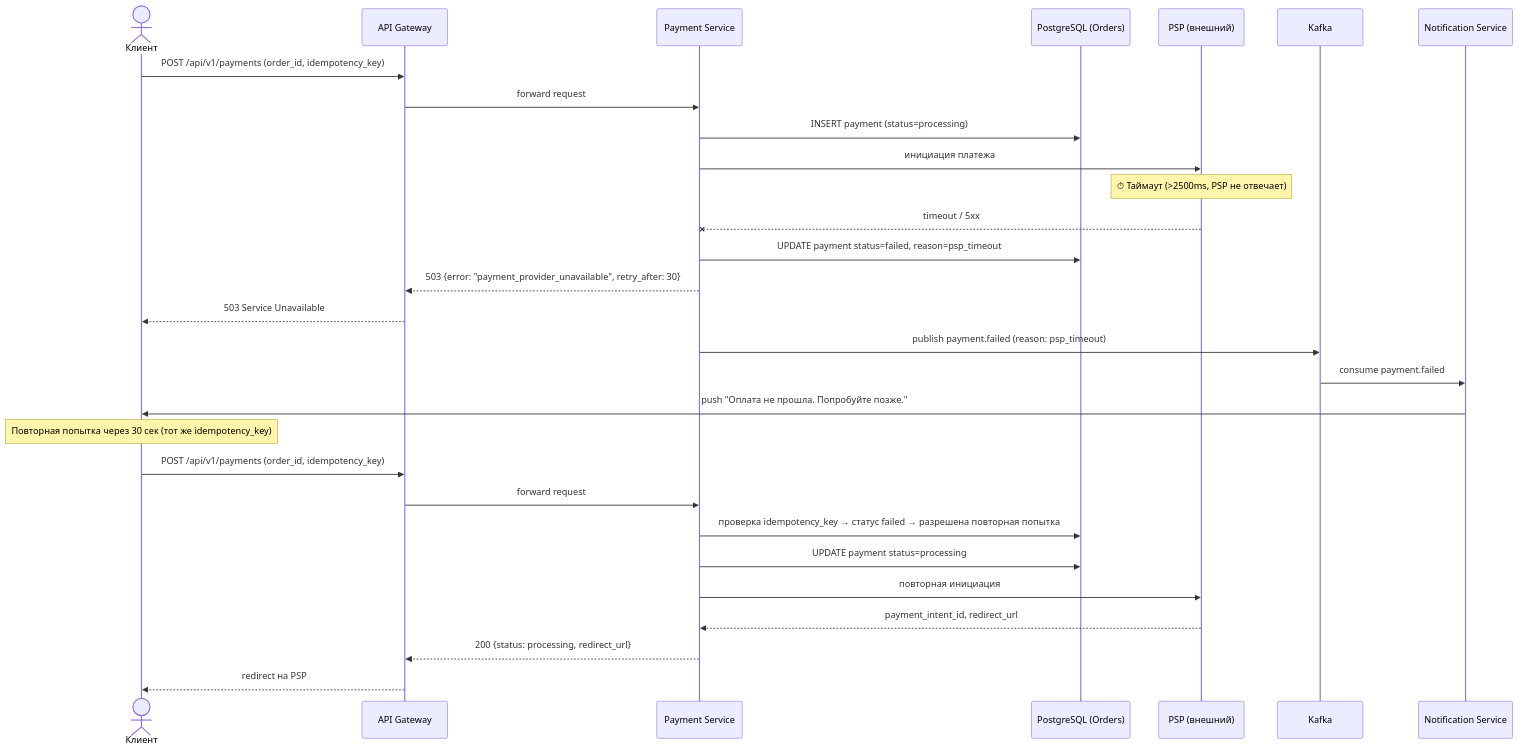
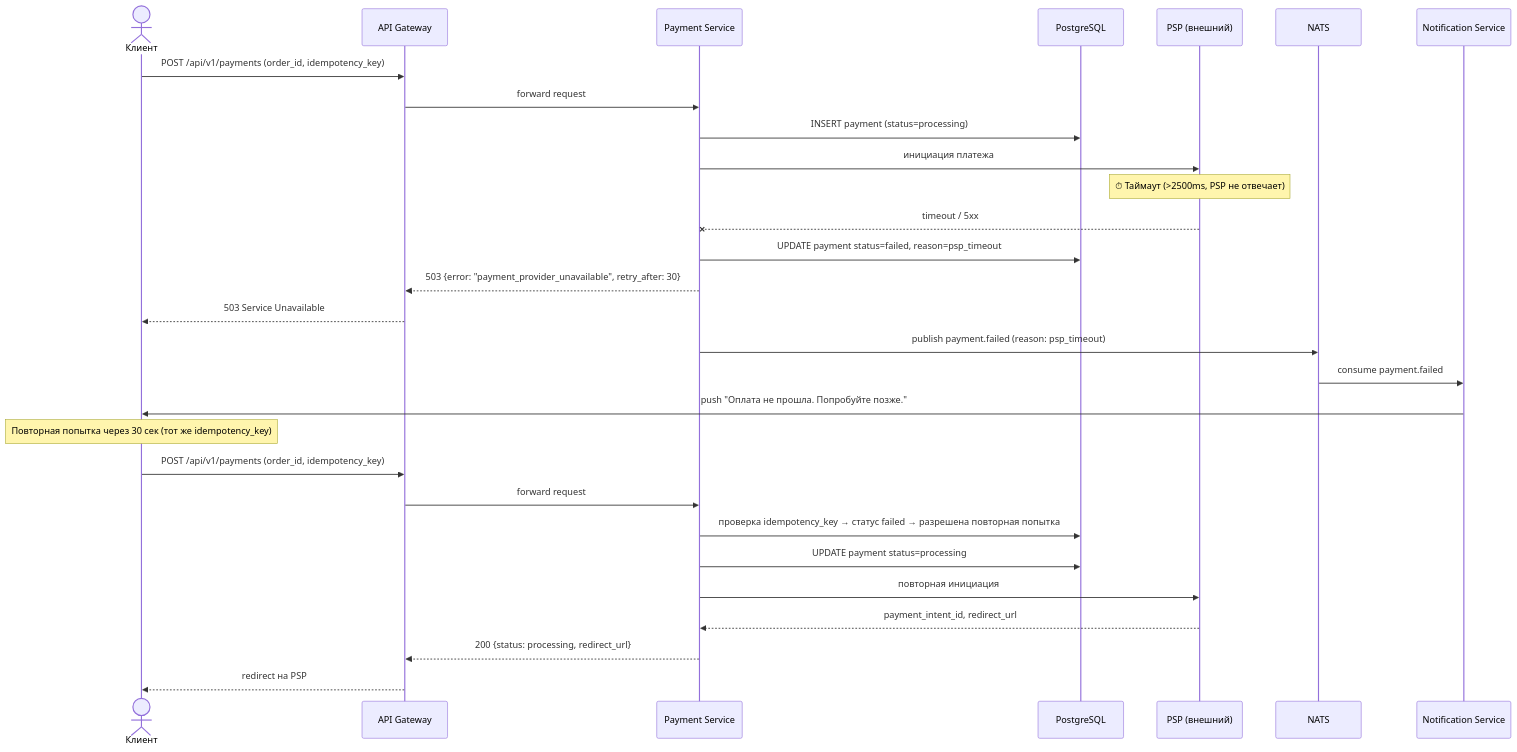
The fourth of 5 diagrams in docs/architecture.md (ichinosekei/highload), drawn with Mermaid before and after one commit. The commit also changed other lines of this file and 2 other files, not shown here.

````diff
--- a/docs/architecture.md
+++ b/docs/architecture.md
@@ -189,37 +187,37 @@
 ```mermaid
 sequenceDiagram
     actor Client as Клиент
     participant GW as API Gateway
     participant PS as Payment Service
-    participant PG as PostgreSQL (Orders)
+    participant PG as PostgreSQL
     participant PSP as PSP (внешний)
-    participant Kafka as Kafka
+    participant NATS as NATS
     participant NS as Notification Service
 
     Client->>GW: POST /api/v1/payments (order_id, idempotency_key)
     GW->>PS: forward request
     PS->>PG: INSERT payment (status=processing)
     PS->>PSP: инициация платежа
 
     Note over PSP: ⏱ Таймаут (>2500ms, PSP не отвечает)
 
     PSP--xPS: timeout / 5xx
     PS->>PG: UPDATE payment status=failed, reason=psp_timeout
     PS-->>GW: 503 {error: "payment_provider_unavailable", retry_after: 30}
     GW-->>Client: 503 Service Unavailable
 
-    PS->>Kafka: publish payment.failed (reason: psp_timeout)
-    Kafka->>NS: consume payment.failed
+    PS->>NATS: publish payment.failed (reason: psp_timeout)
+    NATS->>NS: consume payment.failed
     NS->>Client: push "Оплата не прошла. Попробуйте позже."
 
     Note over Client: Повторная попытка через 30 сек (тот же idempotency_key)
 
     Client->>GW: POST /api/v1/payments (order_id, idempotency_key)
     GW->>PS: forward request
     PS->>PG: проверка idempotency_key → статус failed → разрешена повторная попытка
     PS->>PG: UPDATE payment status=processing
     PS->>PSP: повторная инициация
     PSP-->>PS: payment_intent_id, redirect_url
     PS-->>GW: 200 {status: processing, redirect_url}
     GW-->>Client: redirect на PSP
 ```
````
